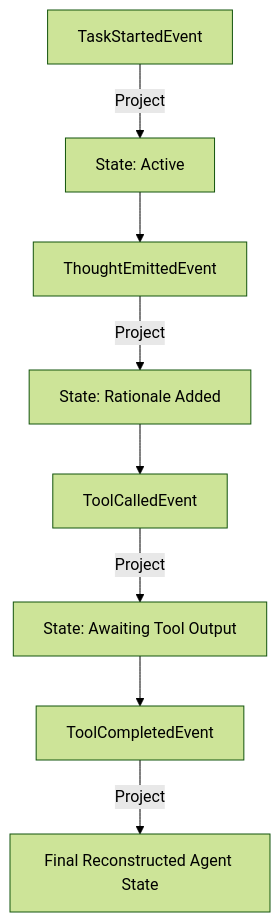
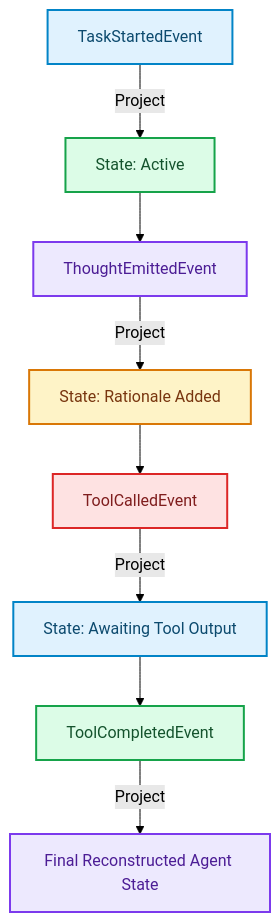
One commit to akmalkhaniub/akmalkhaniub.github.io changed the diagram in blog/posts/event-driven-agent-trajectories-event-sourcing.md. Above: the diagram before and after it, drawn with Mermaid (forest theme). The commit also changed other lines of this file and 1291 other files, not shown here.

First line of the commit message:
feat(catalog): unique covers, scholarly references, and diagram palettes

````diff
--- a/blog/posts/event-driven-agent-trajectories-event-sourcing.md
+++ b/blog/posts/event-driven-agent-trajectories-event-sourcing.md
@@ -18,10 +18,21 @@
 ```mermaid
 flowchart TD
-  A[TaskStartedEvent] -->|Project| State1[State: Active]
-  State1 --> B[ThoughtEmittedEvent]
-  B -->|Project| State2[State: Rationale Added]
-  State2 --> C[ToolCalledEvent]
-  C -->|Project| State3[State: Awaiting Tool Output]
-  State3 --> D[ToolCompletedEvent]
-  D -->|Project| CurrentState[Final Reconstructed Agent State]
+  A["TaskStartedEvent"] -->|Project| State1["State: Active"]
+  State1 --> B["ThoughtEmittedEvent"]
+  B -->|Project| State2["State: Rationale Added"]
+  State2 --> C["ToolCalledEvent"]
+  C -->|Project| State3["State: Awaiting Tool Output"]
+  State3 --> D["ToolCompletedEvent"]
+  D -->|Project| CurrentState["Final Reconstructed Agent State"]
+
+classDef green fill:#dcfce7,stroke:#16a34a,stroke-width:2px,color:#14532d;
+classDef red fill:#fee2e2,stroke:#dc2626,stroke-width:2px,color:#7f1d1d;
+classDef blue fill:#e0f2fe,stroke:#0284c7,stroke-width:2px,color:#0c4a6e;
+classDef yellow fill:#fef3c7,stroke:#d97706,stroke-width:2px,color:#78350f;
+classDef purple fill:#ede9fe,stroke:#7c3aed,stroke-width:2px,color:#4c1d95;
+class A,State3 blue
+class State1,D green
+class B,CurrentState purple
+class State2 yellow
+class C red
 ```
````
